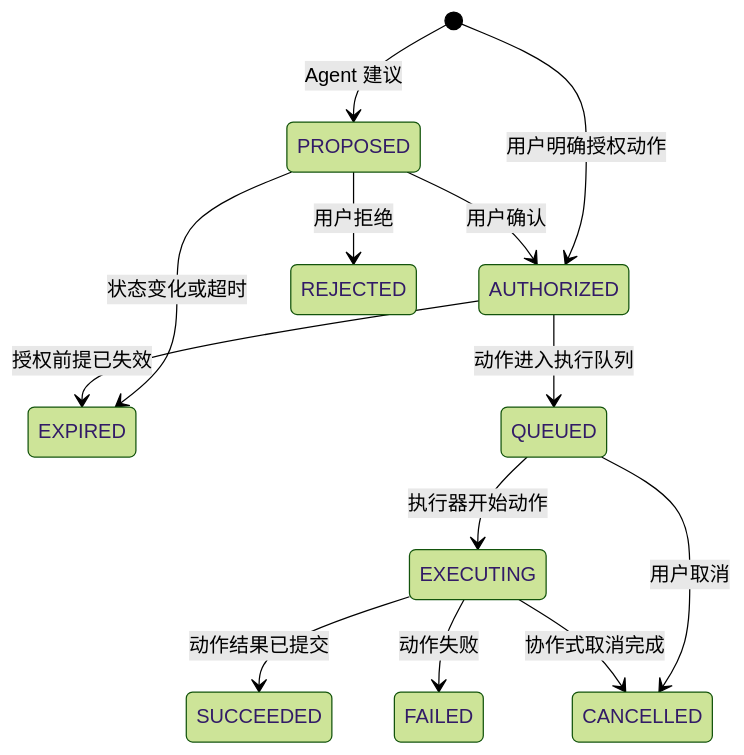
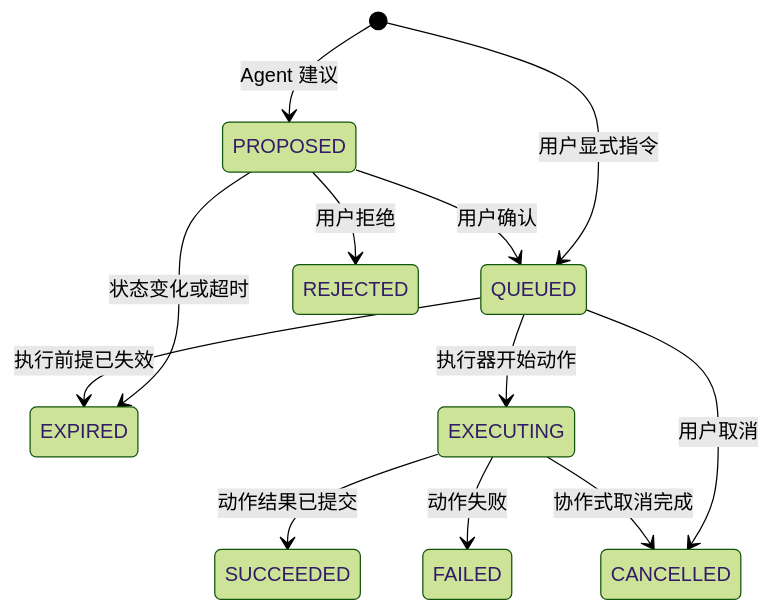
One commit to Knight-Jo/collection-agent changed the fifth of 11 diagrams in docs/architecture/conversational-research-task-architecture.md. Above: the diagram before and after it, drawn with Mermaid (forest theme). The commit also changed other lines of this file and 1 other file, not shown here.

Commit message:
docs: simplify single-user action flow

````diff
--- a/docs/architecture/conversational-research-task-architecture.md
+++ b/docs/architecture/conversational-research-task-architecture.md
@@ -444,15 +442,14 @@
 ```mermaid
 stateDiagram-v2
     [*] --> PROPOSED: Agent 建议
-    [*] --> AUTHORIZED: 用户明确授权动作
-    PROPOSED --> AUTHORIZED: 用户确认
+    [*] --> QUEUED: 用户显式指令
+    PROPOSED --> QUEUED: 用户确认
     PROPOSED --> REJECTED: 用户拒绝
     PROPOSED --> EXPIRED: 状态变化或超时
-    AUTHORIZED --> QUEUED: 动作进入执行队列
-    AUTHORIZED --> EXPIRED: 授权前提已失效
     QUEUED --> EXECUTING: 执行器开始动作
+    QUEUED --> EXPIRED: 执行前提已失效
     QUEUED --> CANCELLED: 用户取消
     EXECUTING --> SUCCEEDED: 动作结果已提交
     EXECUTING --> FAILED: 动作失败
     EXECUTING --> CANCELLED: 协作式取消完成
 ```
````
